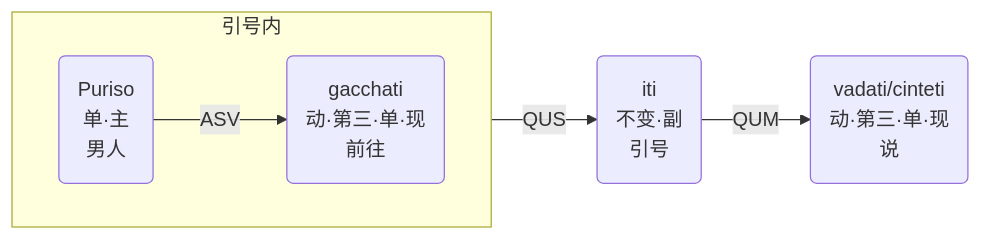
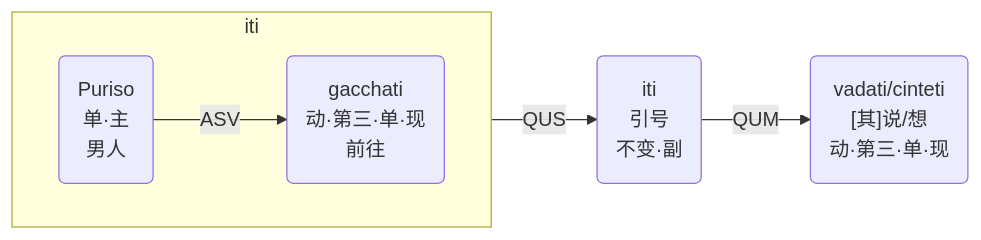
Before and after one commit to iapt-platform/pali-handbook: the first of 4 diagrams in src/advance-relation/1_iti.md, drawn with Mermaid. The commit also changed other lines of this file, not shown here.

Commit message:
修正mermaid

````diff
--- a/src/advance-relation/1_iti.md
+++ b/src/advance-relation/1_iti.md
@@ -23,10 +21,13 @@
 ```mermaid
 flowchart LR
-subgraph "引号内"
+subgraph iti
 direction LR
 A("Puriso<br>单·主<br>男人<br>")
 B("gacchati<br>动·第三·单·现<br>前往")
 A--"ASV"-->B
 end
-引号内--QUS-->C("iti<br>不变·副<br>引号")--QUM-->D("vadati/cinteti<br>动·第三·单·现<br>说")
+C("iti<br>引号<br>不变·副")
+D("vadati/cinteti<br>[其]说/想<br>动·第三·单·现")
+iti--"QUS"-->C
+C--"QUM"-->D
 ```
````
